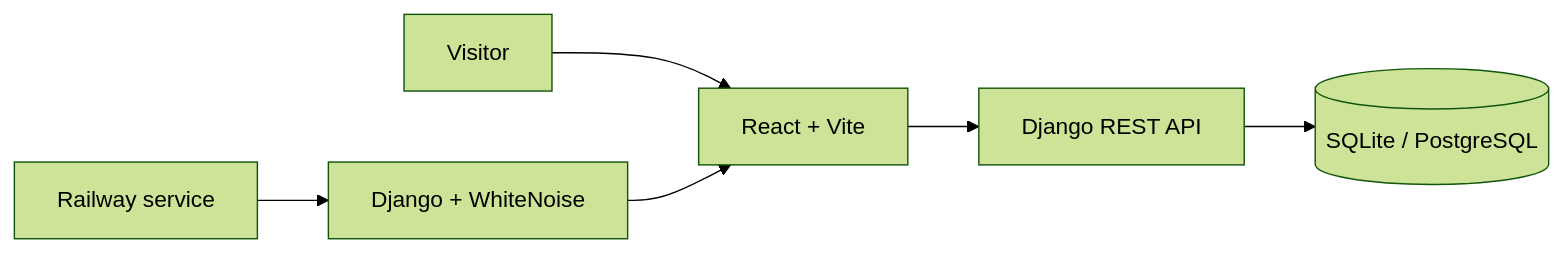
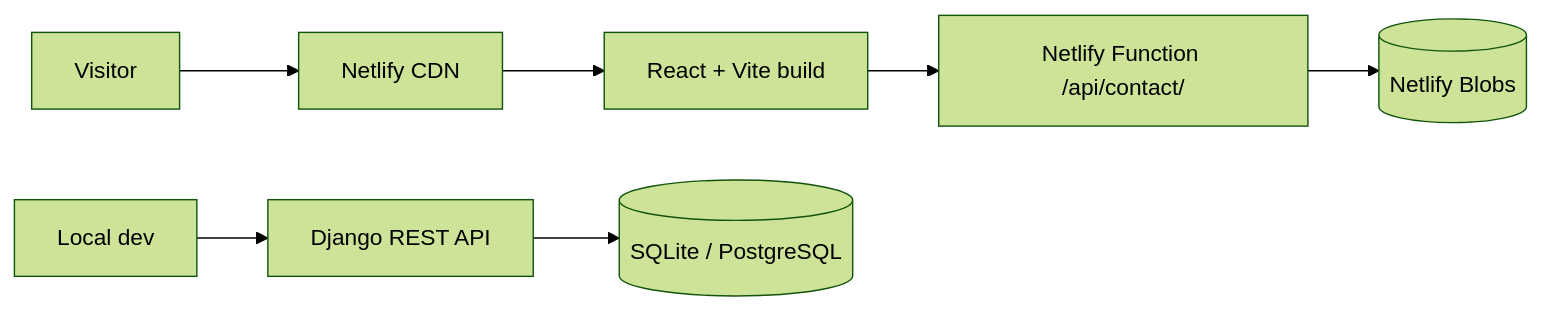
One commit to JonasJavier/IZAK-S-PHOTOS changed the diagram in README.md. Above: the diagram before and after it, drawn with Mermaid (forest theme). The commit also changed other lines of this file and 3 other files, not shown here.

First line of the commit message:
Move hosting docs from Railway to Netlify

````diff
--- a/README.md
+++ b/README.md
@@ -66,8 +66,9 @@
 ```mermaid
 flowchart LR
-    USER[Visitor] --> UI[React + Vite]
-    UI --> API[Django REST API]
+    USER[Visitor] --> CDN[Netlify CDN]
+    CDN --> UI[React + Vite build]
+    UI --> FN[Netlify Function /api/contact/]
+    FN --> BLOBS[(Netlify Blobs)]
+    DEV[Local dev] --> API[Django REST API]
     API --> DB[(SQLite / PostgreSQL)]
-    DJANGO[Django + WhiteNoise] --> UI
-    RAILWAY[Railway service] --> DJANGO
 ```
````
